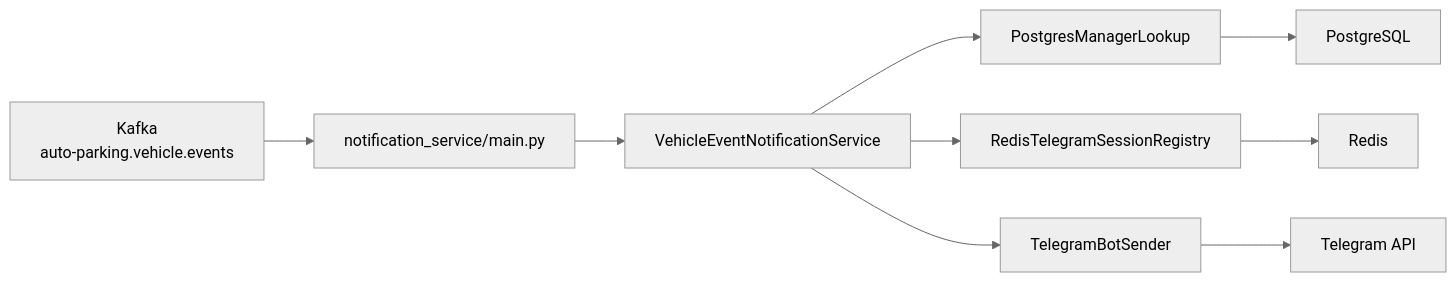
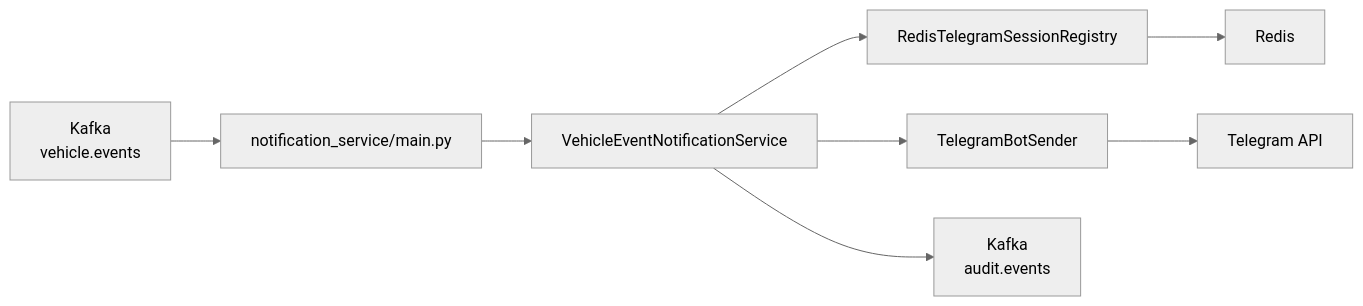
One commit to VahDunn/auto-parking changed the second of 3 diagrams in project_structure.md. Above: the diagram before and after it, drawn with Mermaid (neutral theme). The commit also changed other lines of this file and 51 other files, not shown here.

````diff
--- a/project_structure.md
+++ b/project_structure.md
@@ -146,11 +176,10 @@
 ```mermaid
 flowchart LR
-    Kafka["Kafka<br/>auto-parking.vehicle.events"] --> NotifyMain["notification_service/main.py"]
-    NotifyMain --> NotifyService["VehicleEventNotificationService"]
-    NotifyService --> ManagerLookup["PostgresManagerLookup"]
-    NotifyService --> SessionRegistry["RedisTelegramSessionRegistry"]
-    NotifyService --> TelegramSender["TelegramBotSender"]
-    ManagerLookup --> Postgres["PostgreSQL"]
-    SessionRegistry --> Redis["Redis"]
-    TelegramSender --> TelegramAPI["Telegram API"]
+    Kafka["Kafka<br/>vehicle.events"] --> Main["notification_service/main.py"]
+    Main --> Service["VehicleEventNotificationService"]
+    Service --> Registry["RedisTelegramSessionRegistry"]
+    Service --> Sender["TelegramBotSender"]
+    Registry --> Redis["Redis"]
+    Sender --> Telegram["Telegram API"]
+    Service --> AuditTopic["Kafka<br/>audit.events"]
 ```
````
